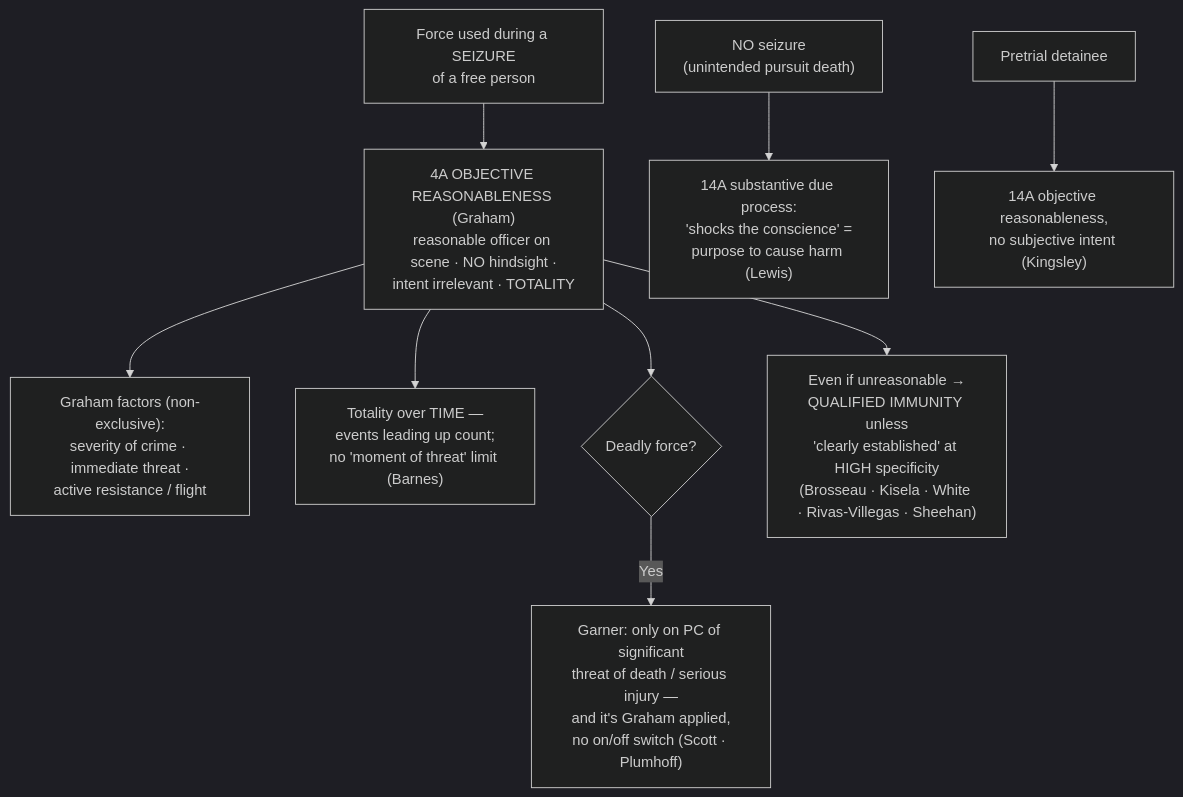
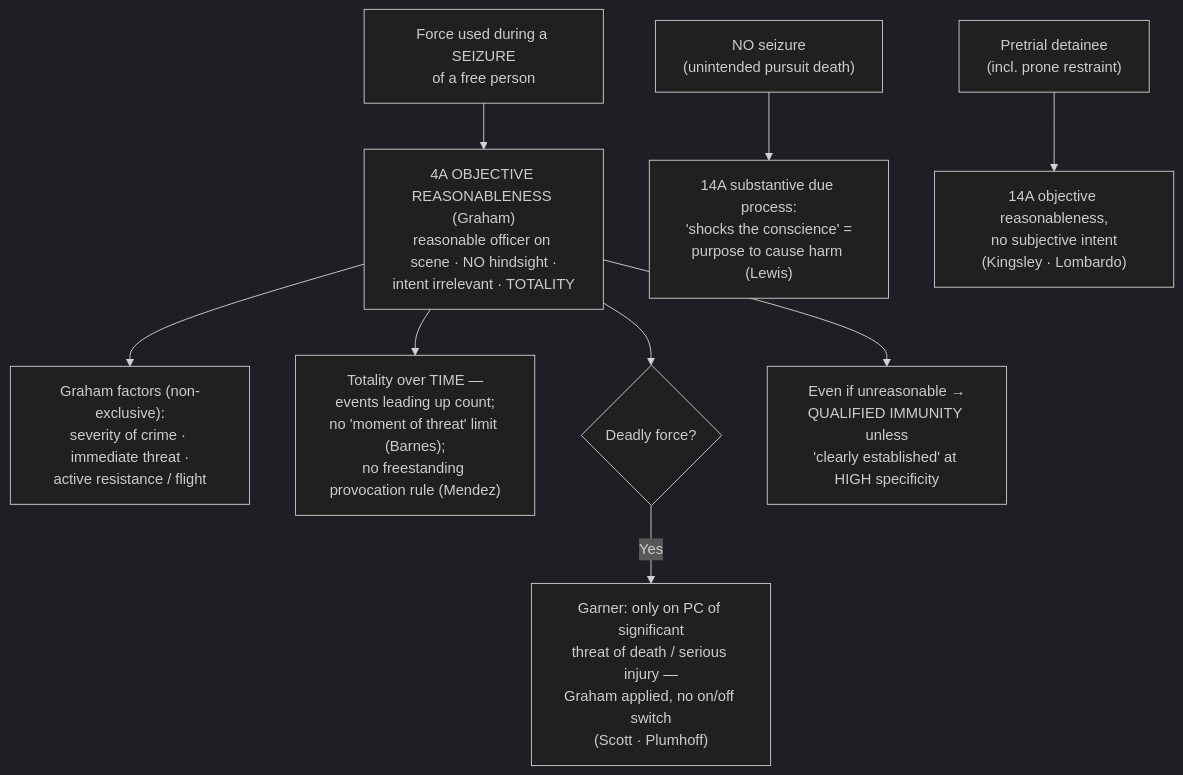
One commit to Enragedsaturday/enragedsaturday.github.io changed the diagram in content/use-of-force-and-liability/Use of Force.md. Above: the diagram before and after it, drawn with Mermaid (dark theme). The commit also changed other lines of this file and 55 other files, not shown here.

````diff
--- a/content/use-of-force-and-liability/Use of Force.md
+++ b/content/use-of-force-and-liability/Use of Force.md
@@ -84,11 +105,11 @@
 ```mermaid
 flowchart TD
   A["Force used during a SEIZURE<br/>of a free person"] --> B["4A OBJECTIVE REASONABLENESS (Graham)<br/>reasonable officer on scene · NO hindsight ·<br/>intent irrelevant · TOTALITY"]
   B --> C["Graham factors (non-exclusive):<br/>severity of crime · immediate threat ·<br/>active resistance / flight"]
-  B --> D["Totality over TIME —<br/>events leading up count;<br/>no 'moment of threat' limit (Barnes)"]
+  B --> D["Totality over TIME —<br/>events leading up count;<br/>no 'moment of threat' limit (Barnes);<br/>no freestanding provocation rule (Mendez)"]
   B --> E{"Deadly force?"}
-  E -->|Yes| F["Garner: only on PC of significant<br/>threat of death / serious injury —<br/>and it's Graham applied,<br/>no on/off switch (Scott · Plumhoff)"]
+  E -->|Yes| F["Garner: only on PC of significant<br/>threat of death / serious injury —<br/>Graham applied, no on/off switch<br/>(Scott · Plumhoff)"]
   A2["NO seizure<br/>(unintended pursuit death)"] --> G["14A substantive due process:<br/>'shocks the conscience' =<br/>purpose to cause harm (Lewis)"]
-  A3["Pretrial detainee"] --> H["14A objective reasonableness,<br/>no subjective intent (Kingsley)"]
-  B --> I["Even if unreasonable →<br/>QUALIFIED IMMUNITY unless<br/>'clearly established' at HIGH specificity<br/>(Brosseau · Kisela · White · Rivas-Villegas · Sheehan)"]
+  A3["Pretrial detainee<br/>(incl. prone restraint)"] --> H["14A objective reasonableness,<br/>no subjective intent<br/>(Kingsley · Lombardo)"]
+  B --> I["Even if unreasonable →<br/>QUALIFIED IMMUNITY unless<br/>'clearly established' at HIGH specificity"]
 ```
````
